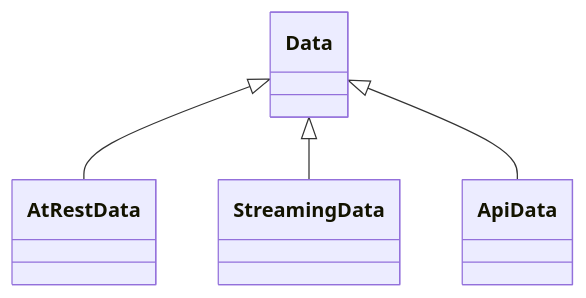
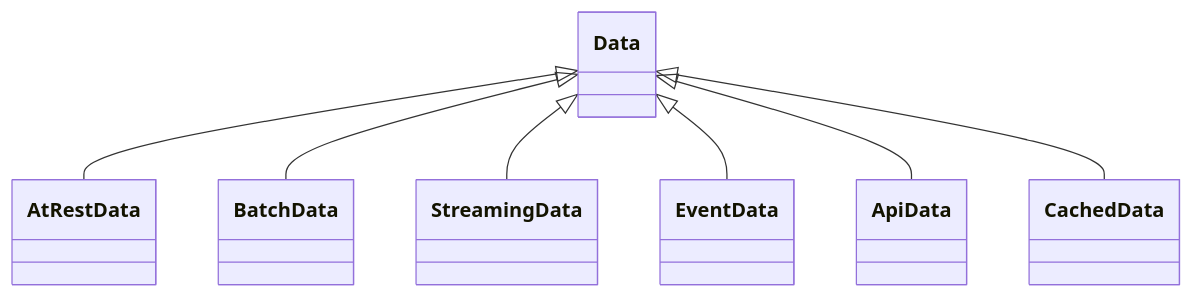
Before and after one commit to oasis-open/tosca-community-contributions: the diagram in profiles/community/tosca/data/README.md, drawn with Mermaid. The commit also changed other lines of this file and 1 other file, not shown here.

Commit message:
Updates on Data Profile (#277)

````diff
--- a/profiles/community/tosca/data/README.md
+++ b/profiles/community/tosca/data/README.md
@@ -7,6 +9,9 @@
 ```mermaid
 classDiagram
     Data <|-- AtRestData
+    Data <|-- BatchData
     Data <|-- StreamingData
+    Data <|-- EventData
     Data <|-- ApiData
+    Data <|-- CachedData
 ```
````
